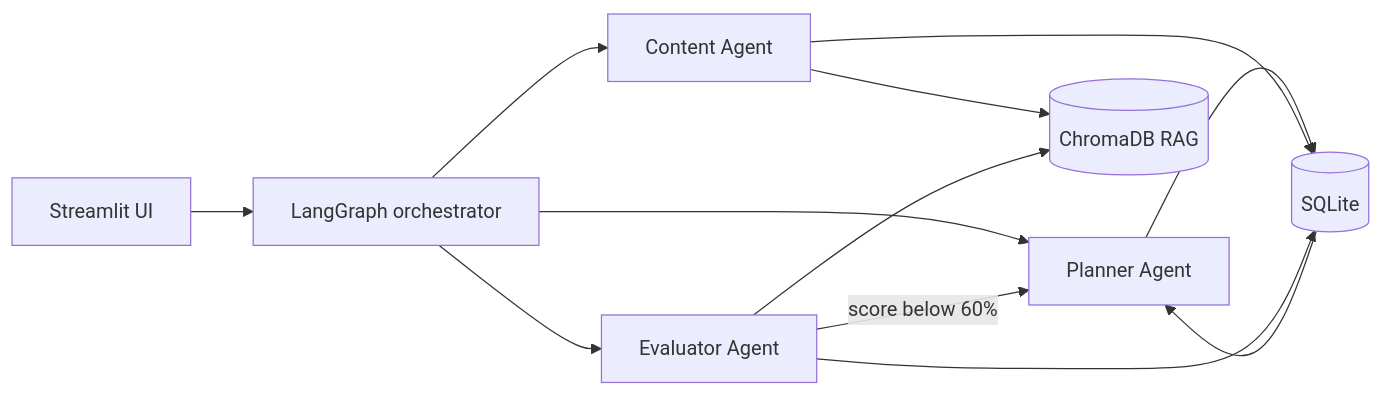
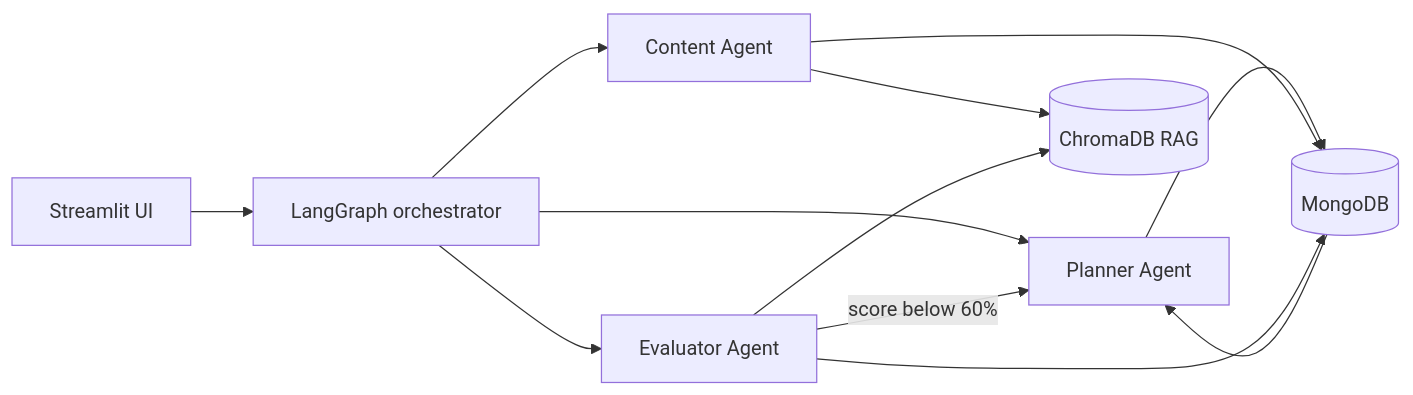
The diagram in README.md (Adityarajj23/StudyMate), drawn with Mermaid before and after one commit. The commit also changed other lines of this file, not shown here.

Commit message:
docs: update README database docs to MongoDB

````diff
--- a/README.md
+++ b/README.md
@@ -209,14 +227,14 @@
 ```mermaid
 flowchart LR
     UI[Streamlit UI] --> O[LangGraph orchestrator]
     O --> P[Planner Agent]
     O --> C[Content Agent]
     O --> E[Evaluator Agent]
     C --> RAG[(ChromaDB RAG)]
     E --> RAG
-    P --> DB[(SQLite)]
+    P --> DB[(MongoDB)]
     C --> DB
     E --> DB
     DB --> P
     E -->|score below 60%| P
 ```
````
